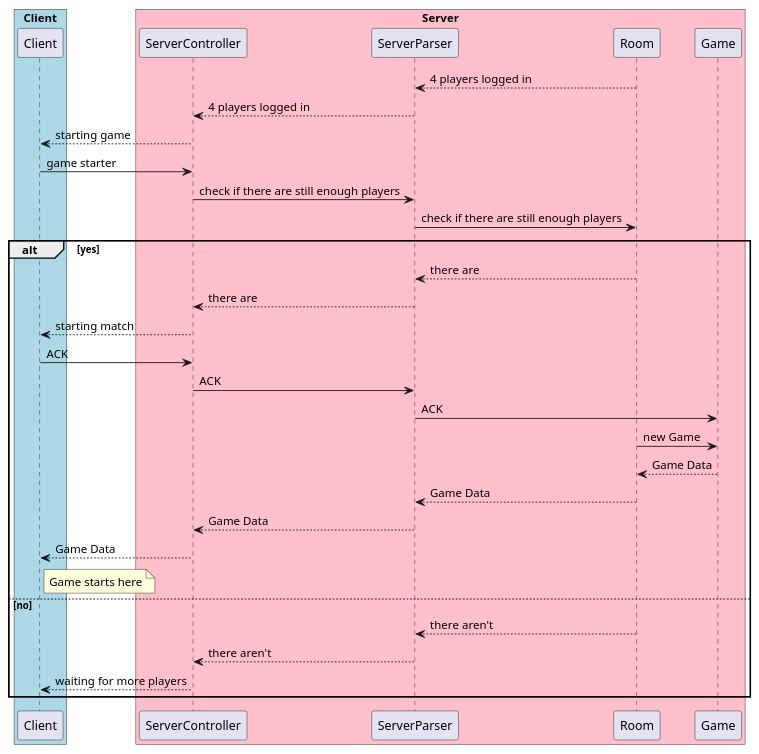
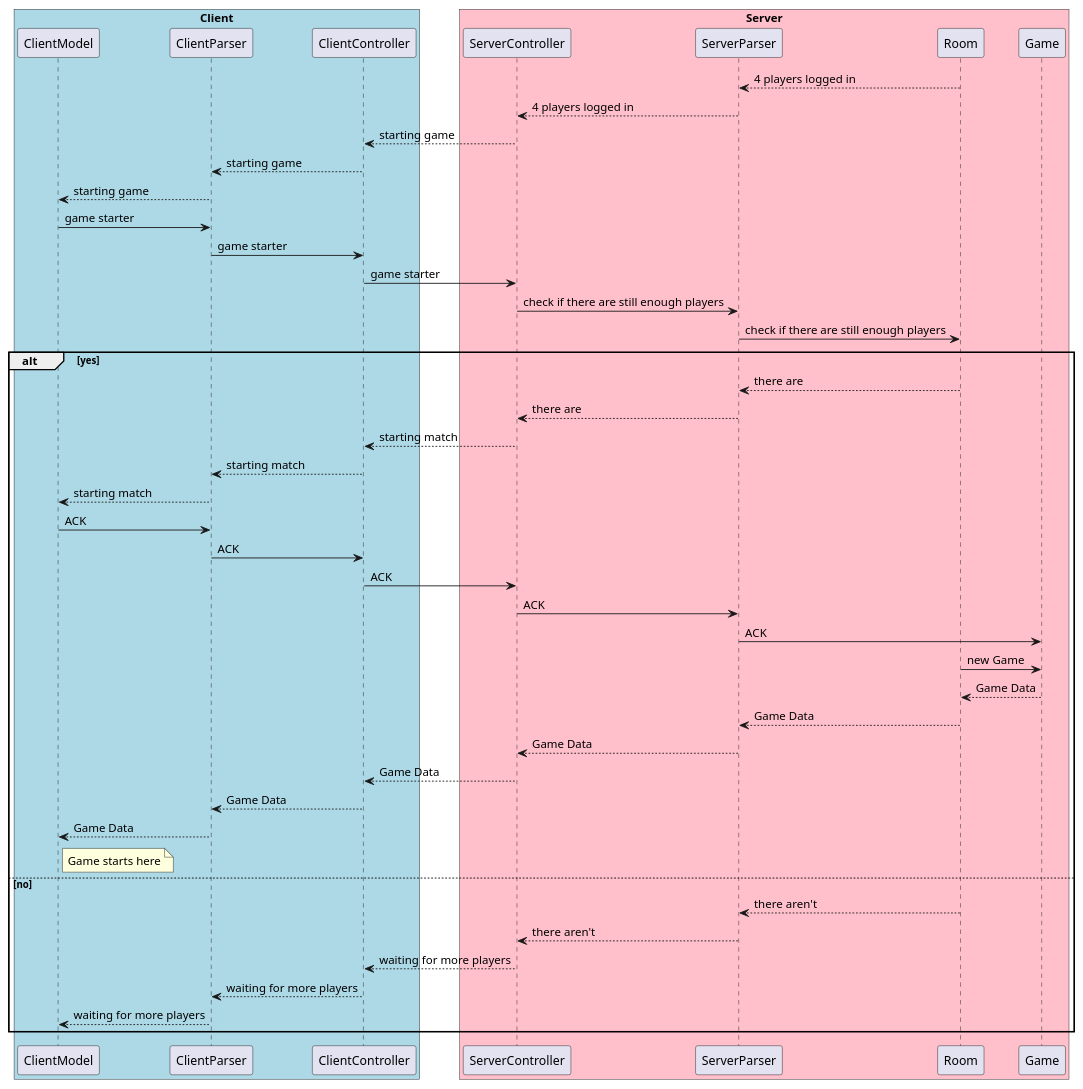
Before and after one commit to dltmtt/IS23-AM13: the diagram in docs/Sequence Diagram/Starting Game Phase.puml, drawn with PlantUML. The commit also changed 1 other file, not shown here.

Commit message:
Add ClientParser

```diff
--- a/docs/Sequence Diagram/Starting Game Phase.puml
+++ b/docs/Sequence Diagram/Starting Game Phase.puml
@@ -1,43 +1,58 @@
 @startuml
 
 box "Client" #LightBlue
-participant Client
+participant ClientModel
+participant ClientParser
+participant ClientController
 end box
 
 box "Server" #Pink
 participant ServerController
 participant ServerParser
 participant Room
 participant Game
 end box
 
 Room --> ServerParser : 4 players logged in
 ServerParser -->ServerController: 4 players logged in
-ServerController --> Client : starting game
-Client -> ServerController : game starter
+ServerController --> ClientController : starting game
+ClientController --> ClientParser : starting game
+ClientParser --> ClientModel : starting game
+
+ClientModel -> ClientParser : game starter
+ClientParser -> ClientController : game starter
+ClientController -> ServerController : game starter
 
 ServerController-> ServerParser : check if there are still enough players
 ServerParser-> Room : check if there are still enough players
 
 alt yes
 Room --> ServerParser : there are
 ServerParser --> ServerController : there are
-ServerController --> Client : starting match
-Client -> ServerController : ACK
+ServerController --> ClientController : starting match
+ClientController --> ClientParser : starting match
+ClientParser --> ClientModel : starting match
+ClientModel -> ClientParser : ACK
+ClientParser -> ClientController : ACK
+ClientController -> ServerController : ACK
 ServerController -> ServerParser : ACK
 ServerParser -> Game : ACK
 Room -> Game : new Game
 Game --> Room : Game Data
 Room --> ServerParser : Game Data
 ServerParser --> ServerController : Game Data
 
-ServerController --> Client : Game Data
-note right of Client: Game starts here
+ServerController --> ClientController : Game Data
+ClientController --> ClientParser : Game Data
+ClientParser --> ClientModel : Game Data
+note right of ClientModel: Game starts here
 else no
 Room --> ServerParser : there aren't
 ServerParser --> ServerController : there aren't
-ServerController --> Client : waiting for more players
+ServerController --> ClientController : waiting for more players
+ClientController --> ClientParser : waiting for more players
+ClientParser --> ClientModel : waiting for more players
 end
 
 
 @enduml
```
